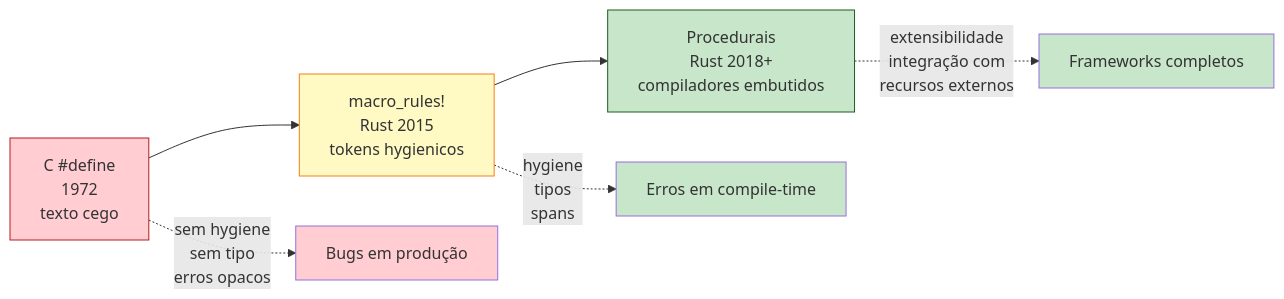
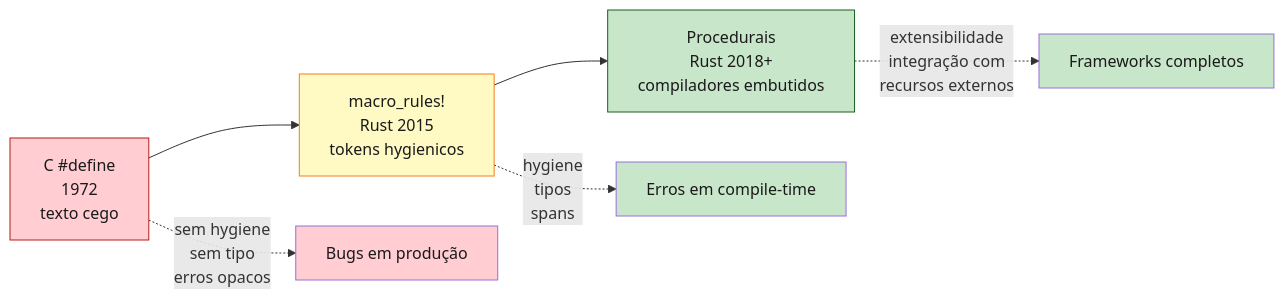
The fourth of 4 diagrams in book/part-14-macros/ch40-macros-procedurais.md (Felipeness/ferro-e-espirito), drawn with Mermaid before and after one commit. The commit also changed other lines of this file and 56 other files, not shown here.

First line of the commit message:
fix: contraste de texto em diagramas mermaid

````diff
--- a/book/part-14-macros/ch40-macros-procedurais.md
+++ b/book/part-14-macros/ch40-macros-procedurais.md
@@ -486,16 +486,16 @@
 ```mermaid
 graph LR
     A[C #define<br/>1972<br/>texto cego] --> B[macro_rules!<br/>Rust 2015<br/>tokens hygienicos]
     B --> C[Procedurais<br/>Rust 2018+<br/>compiladores embutidos]
 
     A -.->|sem hygiene<br/>sem tipo<br/>erros opacos| BAD[Bugs em produção]
     B -.->|hygiene<br/>tipos<br/>spans| GOOD1[Erros em compile-time]
     C -.->|extensibilidade<br/>integração com<br/>recursos externos| GOOD2[Frameworks completos]
 
-    style A fill:#ffcdd2,stroke:#b71c1c
-    style B fill:#fff9c4,stroke:#f57f17
-    style C fill:#c8e6c9,stroke:#1b5e20
-    style BAD fill:#ffcdd2
-    style GOOD1 fill:#c8e6c9
-    style GOOD2 fill:#c8e6c9
+    style A fill:#ffcdd2,stroke:#b71c1c,color:#1a1a1a
+    style B fill:#fff9c4,stroke:#f57f17,color:#1a1a1a
+    style C fill:#c8e6c9,stroke:#1b5e20,color:#1a1a1a
+    style BAD fill:#ffcdd2,color:#1a1a1a
+    style GOOD1 fill:#c8e6c9,color:#1a1a1a
+    style GOOD2 fill:#c8e6c9,color:#1a1a1a
 ```
````
